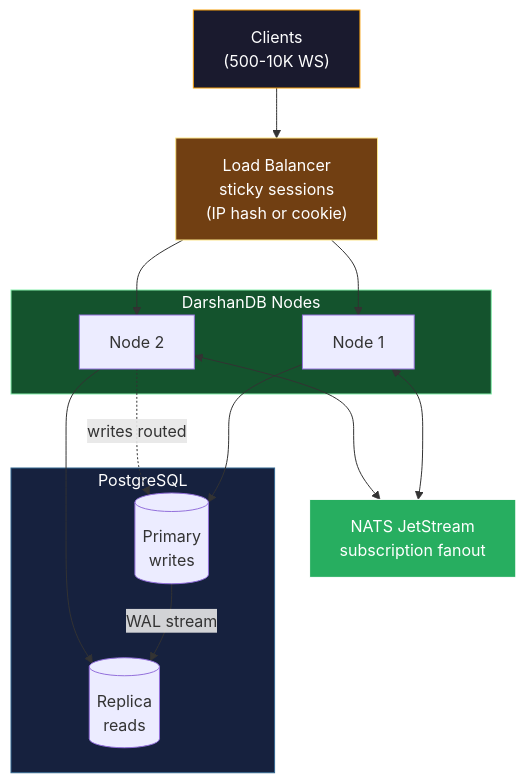
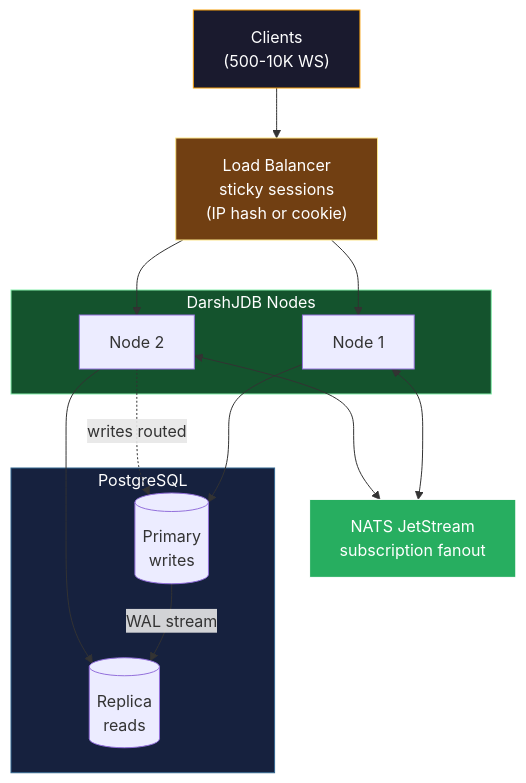
Before and after one commit to darshjme/darshjdb: the second of 12 diagrams in docs/strategy/SCALABILITY_STRATEGY.md, drawn with Mermaid. The commit also changed other lines of this file and 107 other files, not shown here.

First line of the commit message:
rebrand: DarshanDB → DarshJDB (DDB)

````diff
--- a/docs/strategy/SCALABILITY_STRATEGY.md
+++ b/docs/strategy/SCALABILITY_STRATEGY.md
@@ -54,32 +54,32 @@
 ```mermaid
 graph TB
     Clients["Clients\n(500-10K WS)"]
     LB["Load Balancer\nsticky sessions\n(IP hash or cookie)"]
     NATS["NATS JetStream\nsubscription fanout"]
 
-    subgraph Nodes["DarshanDB Nodes"]
+    subgraph Nodes["DarshJDB Nodes"]
         N1["Node 1"]
         N2["Node 2"]
     end
 
     subgraph PGCluster["PostgreSQL"]
         PG1[("Primary\nwrites")]
         PG2[("Replica\nreads")]
         PG1 -->|"WAL stream"| PG2
     end
 
     Clients --> LB
     LB --> N1
     LB --> N2
     N1 <--> NATS
     N2 <--> NATS
     N1 --> PG1
     N2 --> PG2
     N2 -.->|"writes routed"| PG1
 
     style Clients fill:#1a1a2e,stroke:#F59E0B,color:#fff
     style LB fill:#713f12,stroke:#fde68a,color:#fff
     style Nodes fill:#14532d,stroke:#86efac,color:#fff
     style PGCluster fill:#16213e,stroke:#336791,color:#fff
     style NATS fill:#27AE60,stroke:#fff,color:#fff
 ```
````
